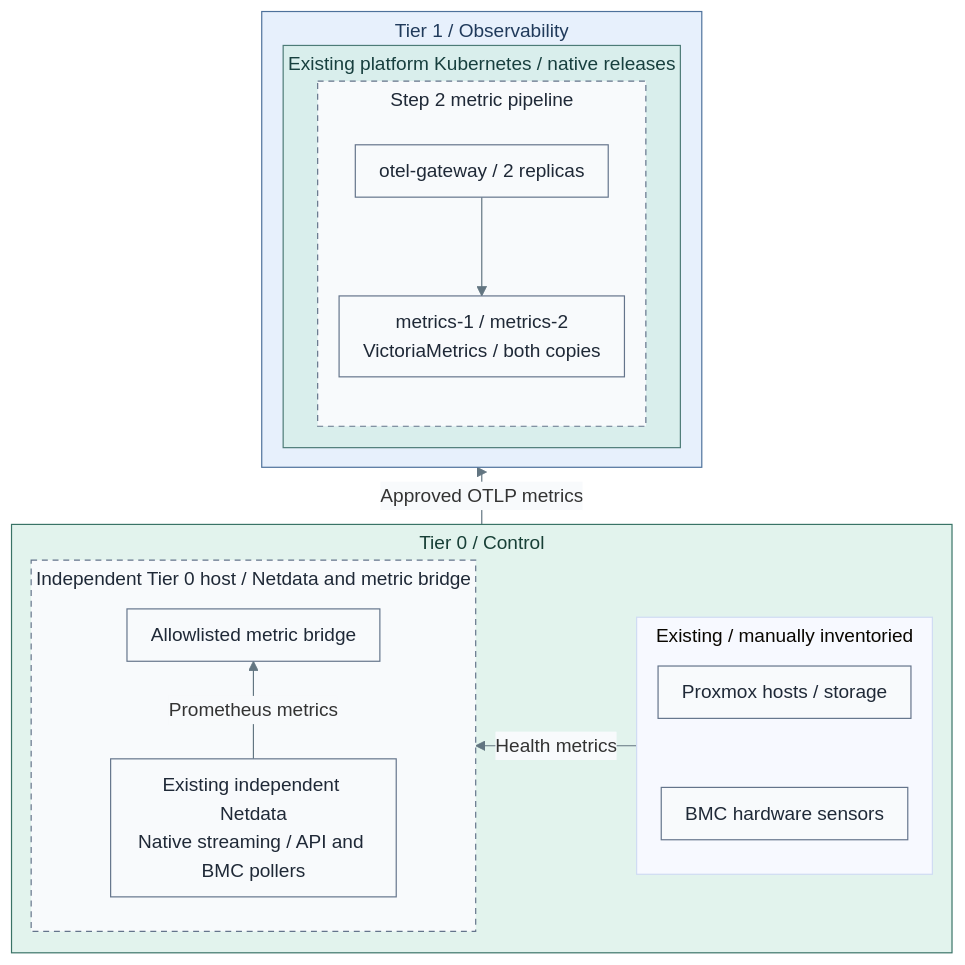
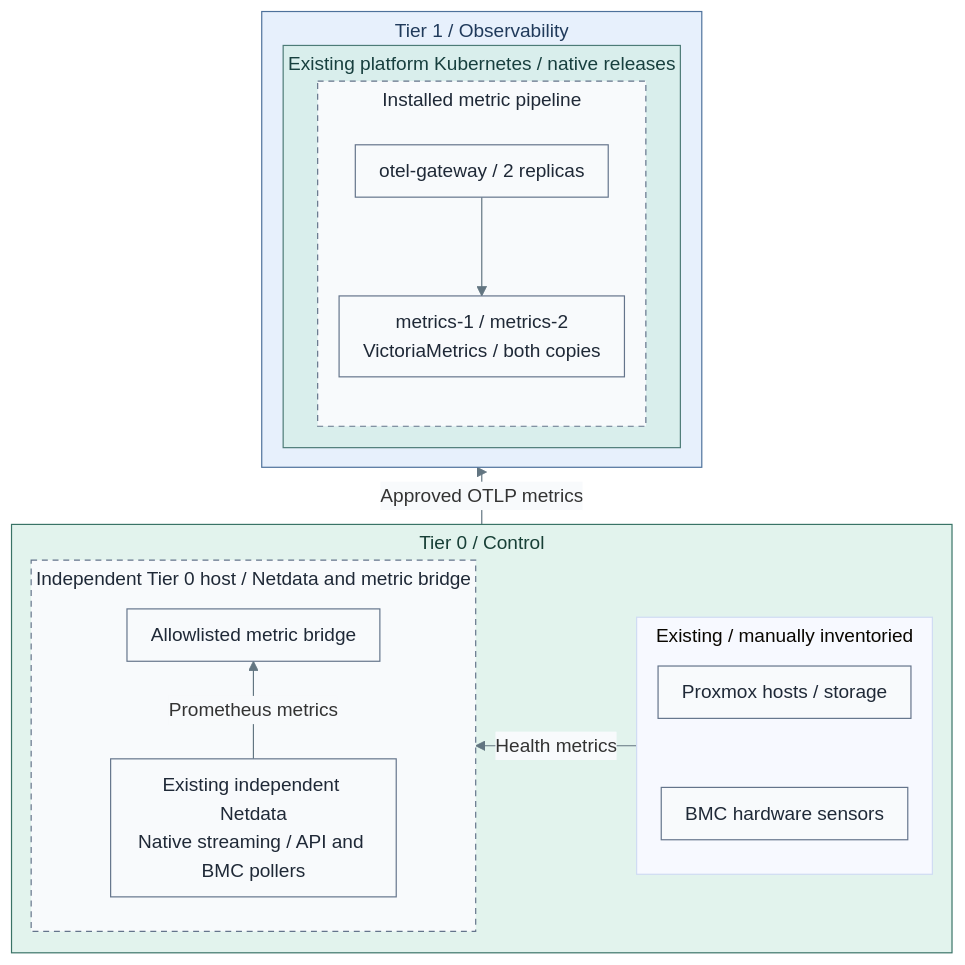
Before and after one commit to Rexus/homelab: the third of 4 diagrams in docs/03-deployment/stage-8-observability/README.md, drawn with Mermaid. The commit also changed other lines of this file and 279 other files, not shown here.

````diff
--- a/docs/03-deployment/stage-8-observability/README.md
+++ b/docs/03-deployment/stage-8-observability/README.md
@@ -212,41 +394,41 @@
 ```mermaid
 %%{init: {"theme":"base","flowchart":{"nodeSpacing":16,"rankSpacing":8,"padding":10,"subGraphTitleMargin":{"top":4,"bottom":8}},"themeVariables":{"lineColor":"#627581","edgeLabelBackground":"#f8fafc"}}}%%
 flowchart BT
   subgraph T1["Tier 1 / Observability"]
     subgraph Cluster["Existing platform Kubernetes / native releases"]
       direction LR
-      subgraph Pipeline["Step 2 metric pipeline"]
+      subgraph Pipeline["Installed metric pipeline"]
         direction TB
         Gateways["otel-gateway / 2 replicas"]
         Metrics["metrics-1 / metrics-2<br/>VictoriaMetrics / both copies"]
         Gateways --> Metrics
       end
     end
   end
   subgraph T0["Tier 0 / Control"]
     direction RL
     subgraph Local["Independent Tier 0 host / Netdata and metric bridge"]
       direction BT
       Parent["Existing independent Netdata<br/>Native streaming / API and BMC pollers"]
       Export["Allowlisted metric bridge"]
       Parent -->|Prometheus metrics| Export
     end
     subgraph Inputs["Existing / manually inventoried"]
       direction TB
       Hosts["Proxmox hosts / storage"]
       BMC["BMC hardware sensors"]
       Hosts ~~~ BMC
     end
     Inputs -->|Health metrics| Local
   end
   T0 ---->|Approved OTLP metrics| T1
   classDef default fill:#f8fafc,stroke:#64748b,color:#1f2937
   classDef services fill:#e7f0fc,stroke:#4d719b,color:#203a5b
   classDef runtime fill:#d9eeec,stroke:#4d7b77,color:#173f3e
   classDef control fill:#e2f3ed,stroke:#397366,color:#173f36
   classDef replicas fill:#f8fafc,stroke:#64748b,color:#1f2937,stroke-dasharray:5 4
   class T1 services
   class Cluster runtime
   class T0 control
   class Pipeline,Local replicas
 ```
````
